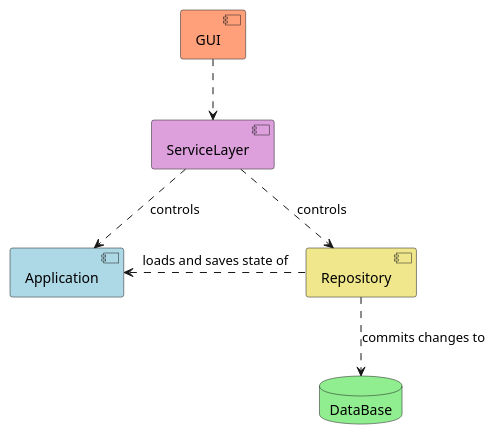
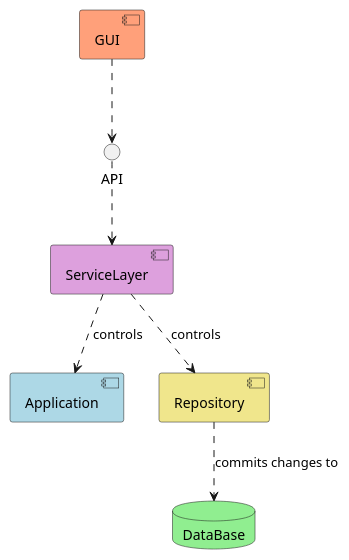
Before and after one commit to Uhgtred/Recipe_Shopping_List: the diagram in Architecture/ComponentView.puml, drawn with PlantUML. The commit also changed 7 other files, not shown here.

Commit message:
Slight refactoring of the architecture and adding BlackboxViewRepository.puml and SequenceViewApplication.puml

```diff
--- a/Architecture/ComponentView.puml
+++ b/Architecture/ComponentView.puml
@@ -1,19 +1,24 @@
 @startuml
 
 component Application #lightblue
 
+
 database DataBase #lightgreen
 
+
 component Repository #khaki
-Repository .l.> Application: loads and saves state of
 Repository ..> DataBase: commits changes to
 
 
 component ServiceLayer #plum
 ServiceLayer ..> Application: controls
 ServiceLayer ..> Repository: controls
 
 
+interface API
+API ..> ServiceLayer
+
+
 component GUI #lightsalmon
-GUI ..> ServiceLayer
+GUI ..> API
 @enduml
```
